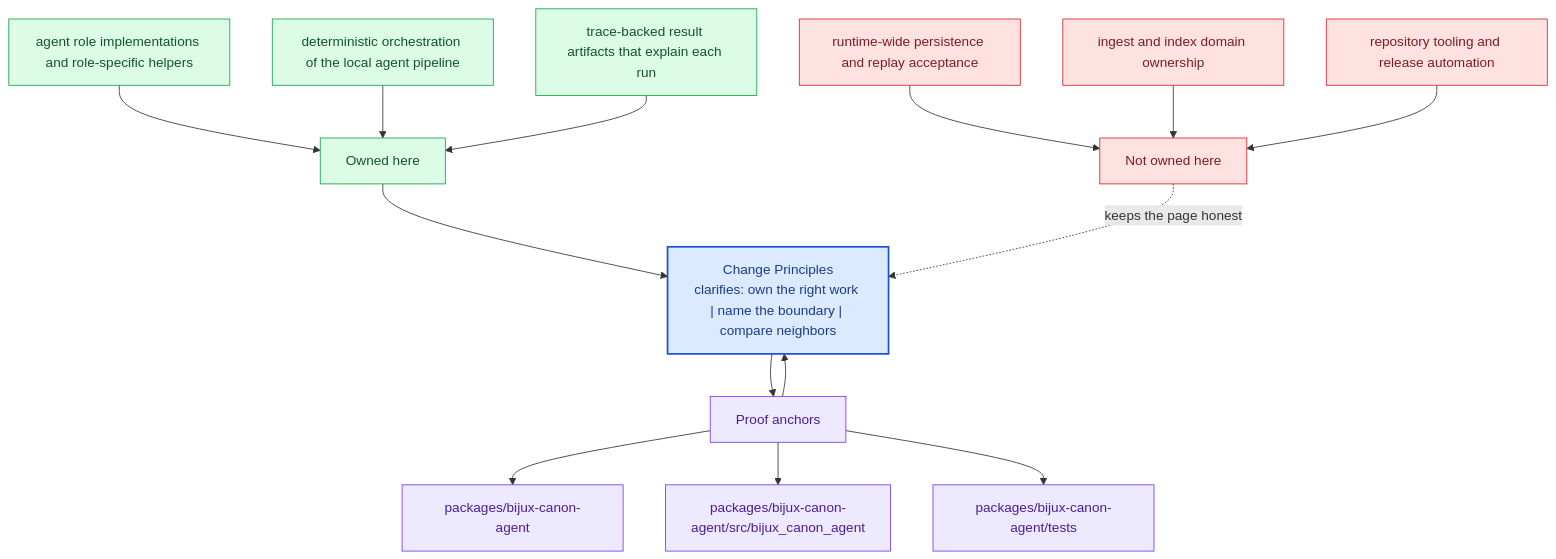
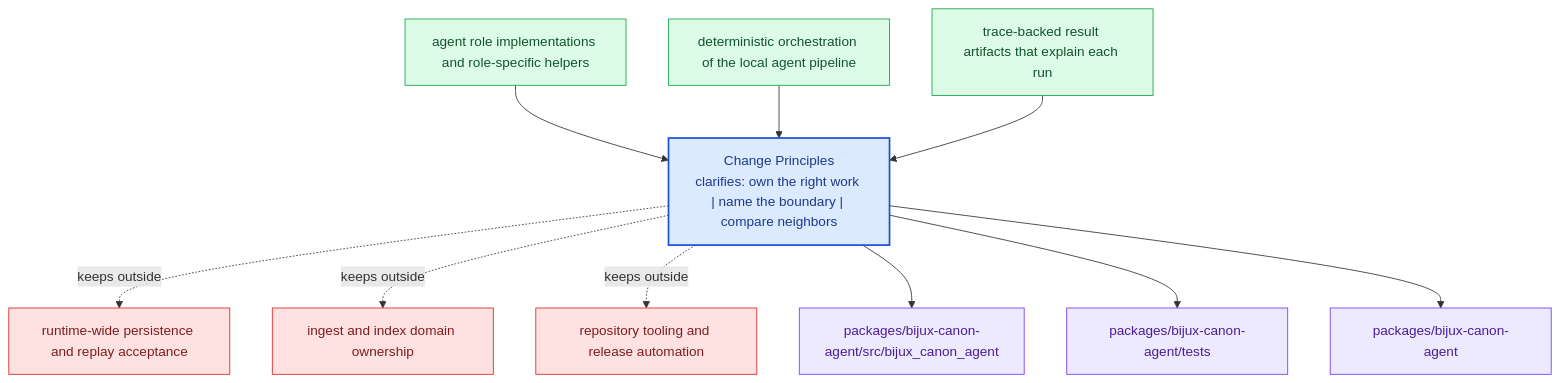
The diagram in docs/bijux-canon-agent/foundation/change-principles.md (bijux/bijux-canon), drawn with Mermaid before and after one commit. The commit also changed other lines of this file and 281 other files, not shown here.

Commit message:
docs(diagrams): replace repeated mermaid scaffolds with page-specific summaries

````diff
--- a/docs/bijux-canon-agent/foundation/change-principles.md
+++ b/docs/bijux-canon-agent/foundation/change-principles.md
@@ -69,40 +24,31 @@
 ```mermaid
 flowchart TB
-    promise["Change Principles<br/>clarifies: own the right work | name the boundary | compare neighbors"]
-    classDef promise fill:#dbeafe,stroke:#1d4ed8,color:#1e3a8a,stroke-width:2px;
-    classDef driver fill:#dcfce7,stroke:#16a34a,color:#14532d;
-    classDef constraint fill:#fee2e2,stroke:#dc2626,color:#7f1d1d;
-    classDef ground fill:#ede9fe,stroke:#7c3aed,color:#4c1d95;
-    focus1["Owned here"]
-    focus1 --> promise
-    focus1_1["agent role implementations and role-specific helpers"]
-    focus1_1 --> focus1
-    focus1_2["deterministic orchestration of the local agent pipeline"]
-    focus1_2 --> focus1
-    focus1_3["trace-backed result artifacts that explain each run"]
-    focus1_3 --> focus1
-    class focus1 driver;
-    class focus1_1,focus1_2,focus1_3 driver;
-    focus2["Not owned here"]
-    focus2 -.keeps the page honest.-> promise
-    focus2_1["runtime-wide persistence and replay acceptance"]
-    focus2_1 --> focus2
-    focus2_2["ingest and index domain ownership"]
-    focus2_2 --> focus2
-    focus2_3["repository tooling and release automation"]
-    focus2_3 --> focus2
-    class focus2 constraint;
-    class focus2_1,focus2_2,focus2_3 constraint;
-    focus3["Proof anchors"]
-    focus3 --> promise
-    promise --> focus3
-    focus3_1["packages/bijux-canon-agent"]
-    focus3 --> focus3_1
-    focus3_2["packages/bijux-canon-agent/src/bijux_canon_agent"]
-    focus3 --> focus3_2
-    focus3_3["packages/bijux-canon-agent/tests"]
-    focus3 --> focus3_3
-    class focus3 ground;
-    class focus3_1,focus3_2,focus3_3 ground;
-    class promise promise;
+    page["Change Principles<br/>clarifies: own the right work | name the boundary | compare neighbors"]
+    classDef page fill:#dbeafe,stroke:#1d4ed8,color:#1e3a8a,stroke-width:2px;
+    classDef positive fill:#dcfce7,stroke:#16a34a,color:#14532d;
+    classDef caution fill:#fee2e2,stroke:#dc2626,color:#7f1d1d;
+    classDef anchor fill:#ede9fe,stroke:#7c3aed,color:#4c1d95;
+    classDef action fill:#fef3c7,stroke:#d97706,color:#7c2d12;
+    own1["agent role implementations and role-specific helpers"]
+    own1 --> page
+    own2["deterministic orchestration of the local agent pipeline"]
+    own2 --> page
+    own3["trace-backed result artifacts that explain each run"]
+    own3 --> page
+    limit1["runtime-wide persistence and replay acceptance"]
+    page -.keeps outside.-> limit1
+    limit2["ingest and index domain ownership"]
+    page -.keeps outside.-> limit2
+    limit3["repository tooling and release automation"]
+    page -.keeps outside.-> limit3
+    anchor1["packages/bijux-canon-agent/src/bijux_canon_agent"]
+    page --> anchor1
+    anchor2["packages/bijux-canon-agent/tests"]
+    page --> anchor2
+    anchor3["packages/bijux-canon-agent"]
+    page --> anchor3
+    class page page;
+    class own1,own2,own3 positive;
+    class limit1,limit2,limit3 caution;
+    class anchor1,anchor2,anchor3 anchor;
 ```
````
